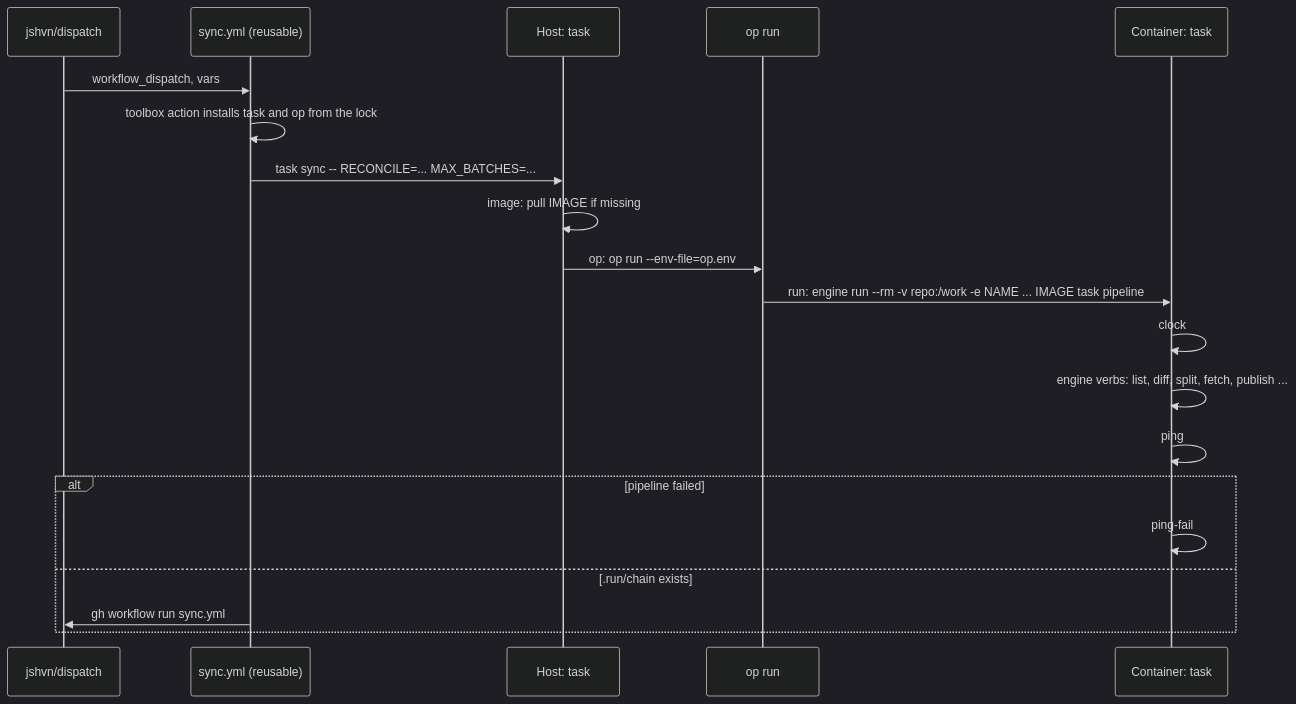
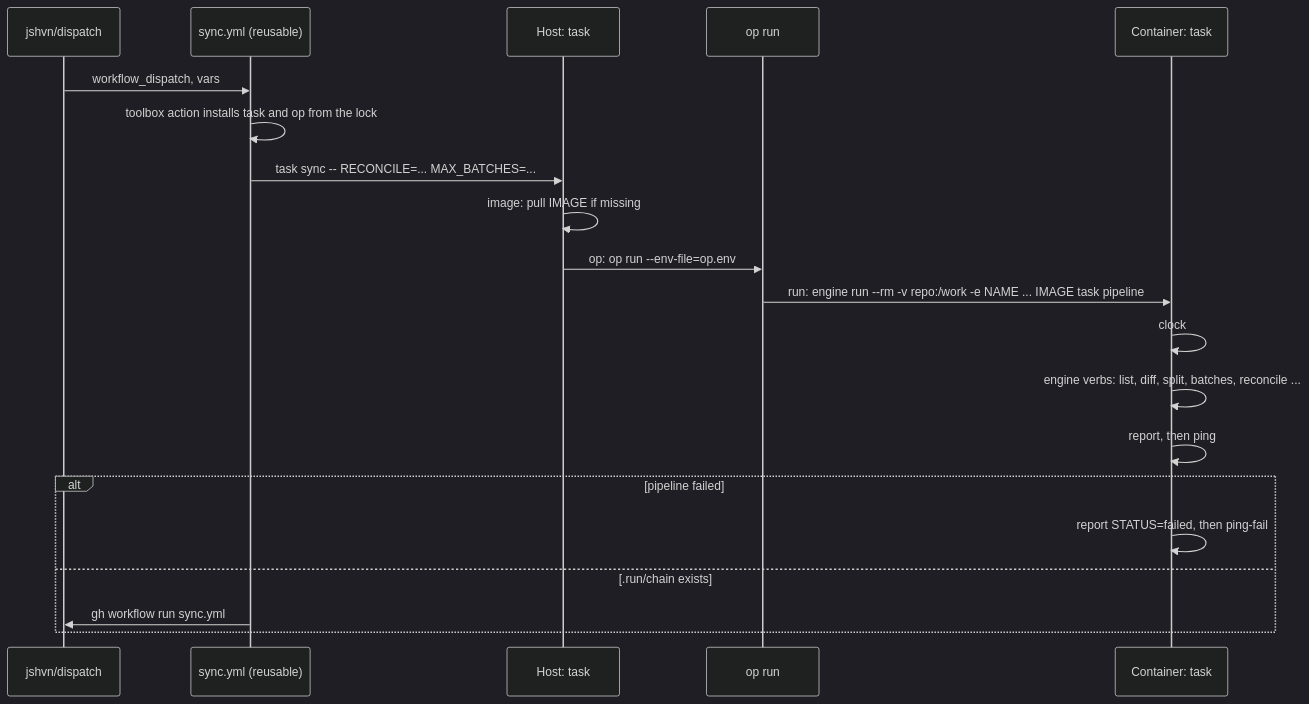
The second of 2 diagrams in README.md (katoptra/lib), drawn with Mermaid (dark theme) before and after one commit. The commit also changed other lines of this file and 16 other files, not shown here.

First line of the commit message:
feat(engine): the rsync engine, extracted from ctan, and a layered report

````diff
--- a/README.md
+++ b/README.md
@@ -47,22 +47,22 @@
 ```mermaid
 sequenceDiagram
   participant D as jshvn/dispatch
   participant W as sync.yml (reusable)
   participant H as Host: task
   participant O as op run
   participant C as Container: task
   D->>W: workflow_dispatch, vars
   W->>W: toolbox action installs task and op from the lock
   W->>H: task sync -- RECONCILE=... MAX_BATCHES=...
   H->>H: image: pull IMAGE if missing
   H->>O: op: op run --env-file=op.env
   O->>C: run: engine run --rm -v repo:/work -e NAME ... IMAGE task pipeline
   C->>C: clock
-  C->>C: engine verbs: list, diff, split, fetch, publish ...
-  C->>C: ping
+  C->>C: engine verbs: list, diff, split, batches, reconcile ...
+  C->>C: report, then ping
   alt pipeline failed
-    C->>C: ping-fail
+    C->>C: report STATUS=failed, then ping-fail
   else .run/chain exists
     W->>D: gh workflow run sync.yml
   end
 ```
````
